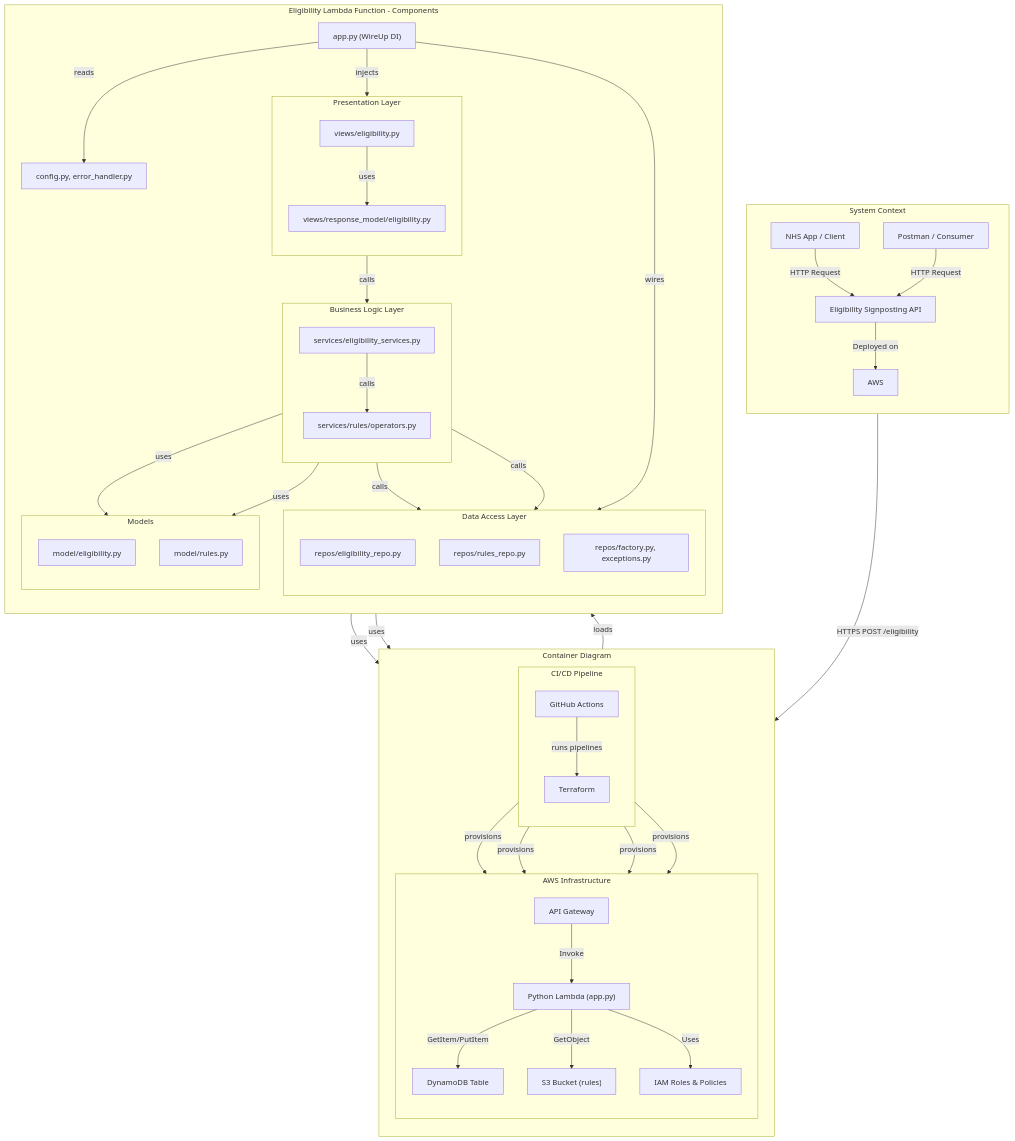
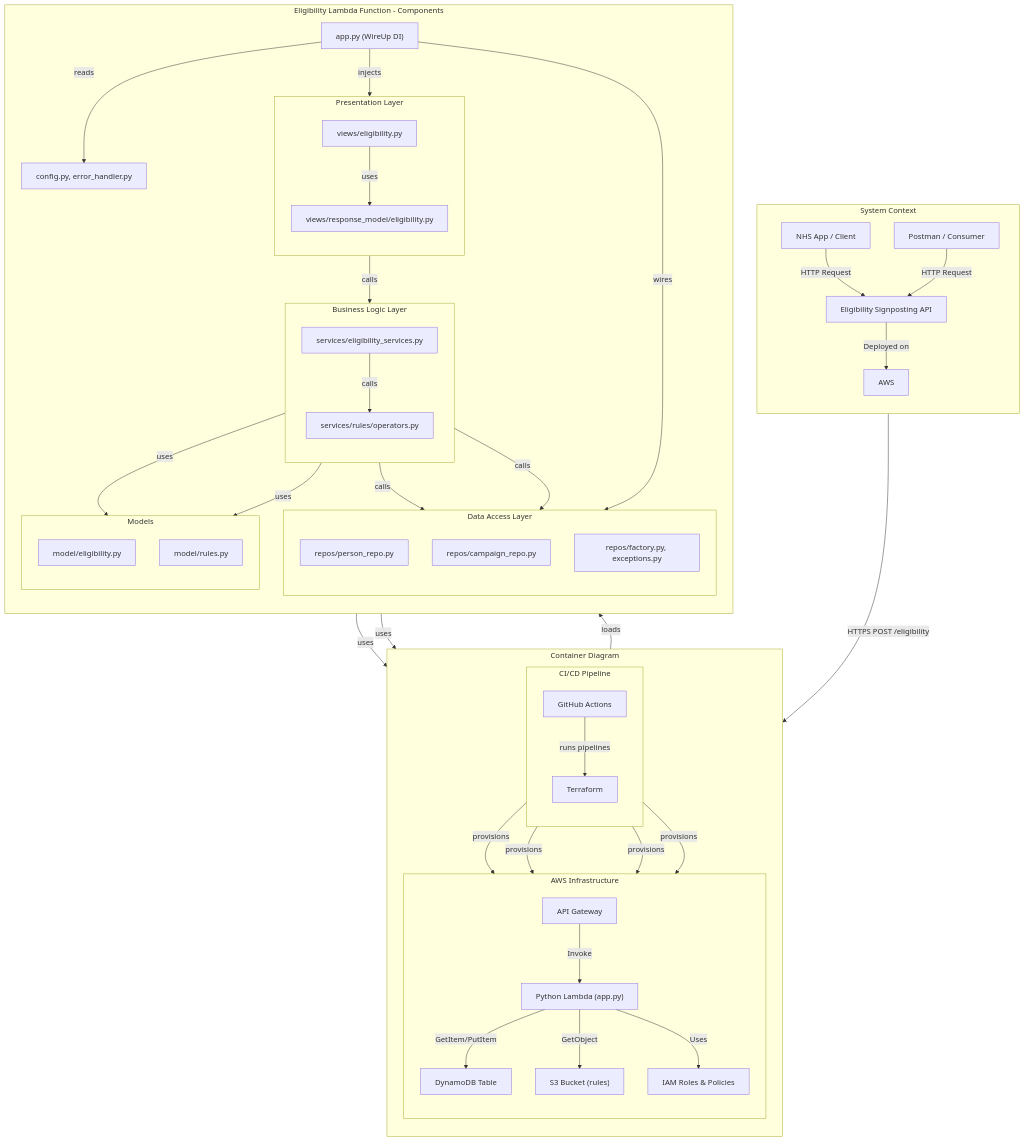
The diagram in README.md (ivma1-nhs/eligibility-signposting-api), drawn with Mermaid before and after one commit. The commit also changed other lines of this file and 12 other files, not shown here.

```diff
--- a/README.md
+++ b/README.md
@@ -201,8 +201,8 @@
         end
         subgraph "Data Access Layer"
             direction TB
-            RepoElig["repos/eligibility_repo.py"]
-            RepoRules["repos/rules_repo.py"]
+            PersonRepo["repos/person_repo.py"]
+            CampaignRepo["repos/campaign_repo.py"]
             Factory["repos/factory.py, exceptions.py"]
         end
         subgraph "Models"
@@ -216,10 +216,10 @@
     App -->|injects| View
     View -->|calls| Service
     Service -->|calls| Operators
-    Service -->|calls| RepoElig
-    Service -->|calls| RepoRules
-    RepoElig -->|uses| DynamoDB
-    RepoRules -->|uses| S3Bucket
+    Service -->|calls| PersonRepo
+    Service -->|calls| CampaignRepo
+    PersonRepo -->|uses| DynamoDB
+    CampaignRepo -->|uses| S3Bucket
     View -->|uses| ResponseModel
     App -->|reads| Config
     Service -->|uses| ModelElig
```
